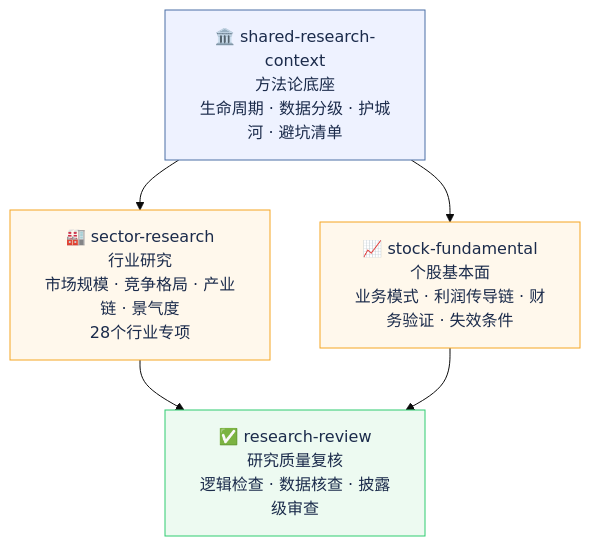
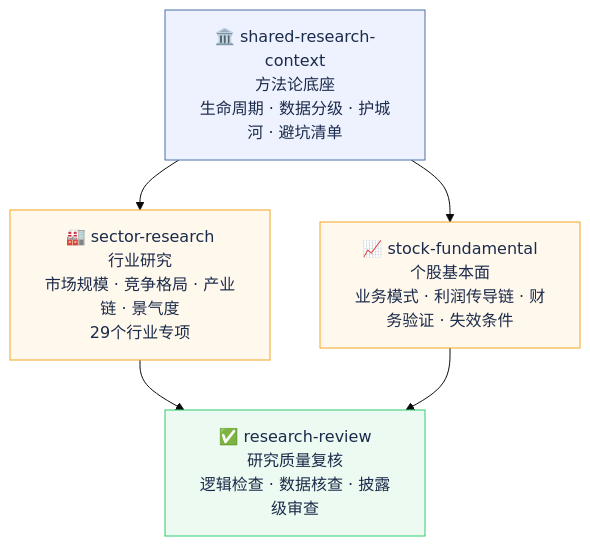
The first of 3 diagrams in README.md (tingbo-c/invest-research-skills), drawn with Mermaid (base theme) before and after one commit. The commit also changed other lines of this file, not shown here.

````diff
--- a/README.md
+++ b/README.md
@@ -38,18 +38,18 @@
 ```mermaid
 graph TD
     BASE["🏛️ shared-research-context\n方法论底座\n生命周期 · 数据分级 · 护城河 · 避坑清单"]
 
-    SECTOR["🏭 sector-research\n行业研究\n市场规模 · 竞争格局 · 产业链 · 景气度\n28个行业专项"]
+    SECTOR["🏭 sector-research\n行业研究\n市场规模 · 竞争格局 · 产业链 · 景气度\n29个行业专项"]
     STOCK["📈 stock-fundamental\n个股基本面\n业务模式 · 利润传导链 · 财务验证 · 失效条件"]
     REVIEW["✅ research-review\n研究质量复核\n逻辑检查 · 数据核查 · 披露级审查"]
 
     BASE --> SECTOR
     BASE --> STOCK
     SECTOR --> REVIEW
     STOCK --> REVIEW
 
     style BASE fill:#EEF2FF,stroke:#4A6FA5,color:#1B2B4B
     style SECTOR fill:#FFF8EC,stroke:#F5A623,color:#1B2B4B
     style STOCK fill:#FFF8EC,stroke:#F5A623,color:#1B2B4B
     style REVIEW fill:#EDFAF1,stroke:#2ECC71,color:#1B2B4B
 ```
````
